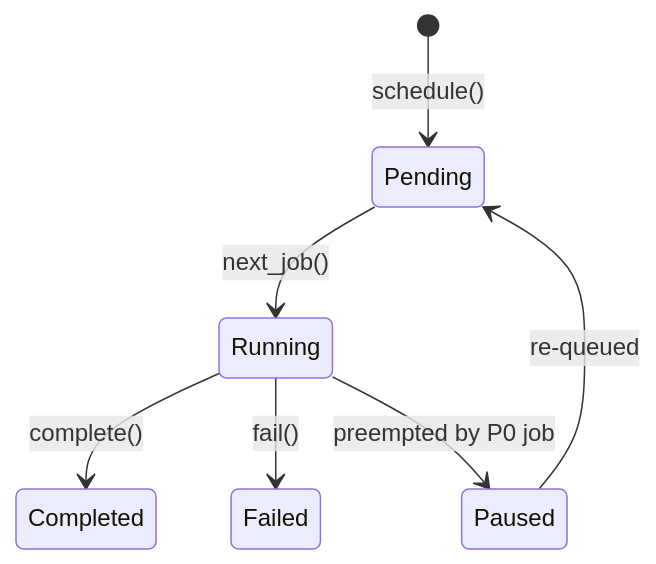
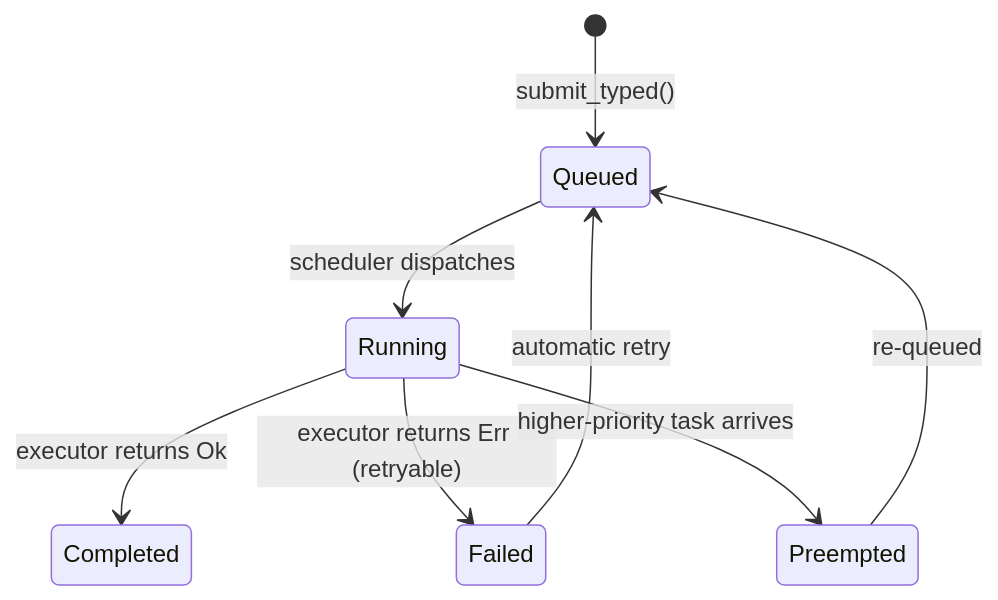
Before and after one commit to deepjoy/shoebox: the third of 7 diagrams in docs/architecture/scanner.md, drawn with Mermaid. The commit also changed other lines of this file and 15 other files, not shown here.

````diff
--- a/docs/architecture/scanner.md
+++ b/docs/architecture/scanner.md
@@ -98,9 +111,10 @@
 ```mermaid
 stateDiagram-v2
-    [*] --> Pending : schedule()
-    Pending --> Running : next_job()
-    Running --> Completed : complete()
-    Running --> Failed : fail()
-    Running --> Paused : preempted by P0 job
-    Paused --> Pending : re-queued
+    [*] --> Queued : submit_typed()
+    Queued --> Running : scheduler dispatches
+    Running --> Completed : executor returns Ok
+    Running --> Failed : executor returns Err (retryable)
+    Failed --> Queued : automatic retry
+    Running --> Preempted : higher-priority task arrives
+    Preempted --> Queued : re-queued
 ```
````
